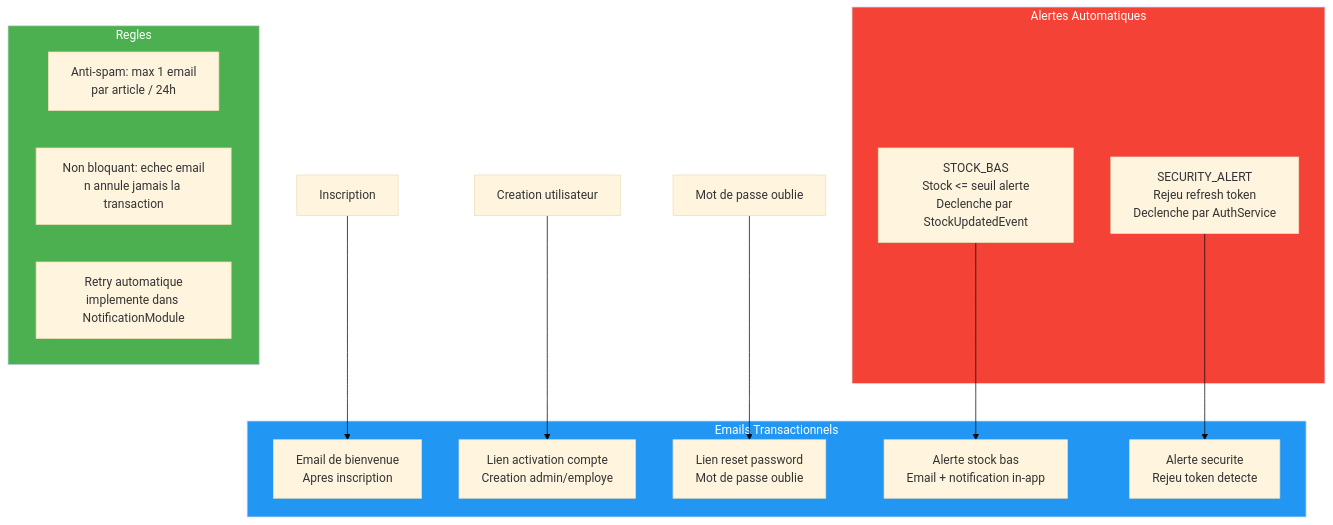
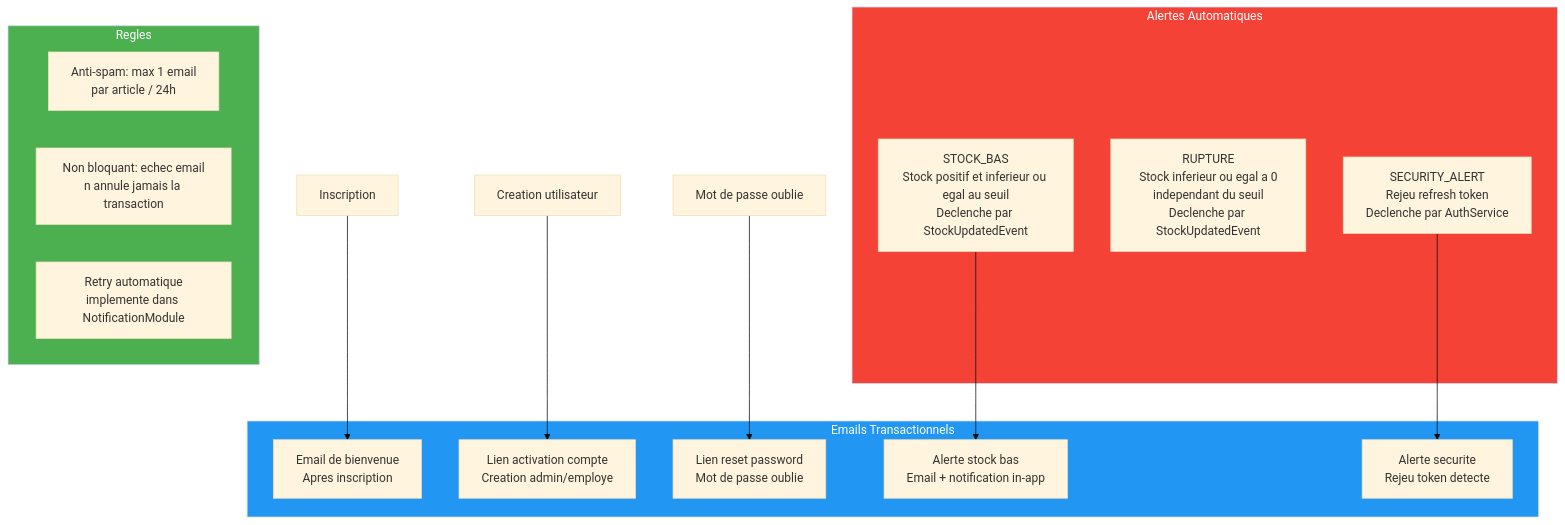
Before and after one commit to ulruchdev/gestion_de_stok_multifiliale: the second of 2 diagrams in document/diagrams/12-notifications-alertes.md, drawn with Mermaid (base theme). The commit also changed 7 other files, not shown here.

First line of the commit message:
docs(GS-REF): unifier stock, alertes et schema cible (DEC-004/010/033)

````diff
--- a/document/diagrams/12-notifications-alertes.md
+++ b/document/diagrams/12-notifications-alertes.md
@@ -40,31 +40,32 @@
 ```mermaid
 graph TD
     subgraph Alertes["Alertes Automatiques"]
-        A1[STOCK_BAS<br/>Stock <= seuil alerte<br/>Declenche par StockUpdatedEvent]
+        A1[STOCK_BAS<br/>Stock positif et inferieur ou egal au seuil<br/>Declenche par StockUpdatedEvent]
+        A3[RUPTURE<br/>Stock inferieur ou egal a 0<br/>independant du seuil<br/>Declenche par StockUpdatedEvent]
         A2[SECURITY_ALERT<br/>Rejeu refresh token<br/>Declenche par AuthService]
     end
 
     subgraph Emails["Emails Transactionnels"]
         E1[Email de bienvenue<br/>Apres inscription]
         E2[Lien activation compte<br/>Creation admin/employe]
         E3[Lien reset password<br/>Mot de passe oublie]
         E4[Alerte stock bas<br/>Email + notification in-app]
         E5[Alerte securite<br/>Rejeu token detecte]
     end
 
     subgraph Regles["Regles"]
         R1[Anti-spam: max 1 email<br/>par article / 24h]
         R2[Non bloquant: echec email<br/>n annule jamais la transaction]
         R3[Retry automatique<br/>implemente dans NotificationModule]
     end
 
     A1 --> E4
     A2 --> E5
     Inscription[Inscription] --> E1
     CreationUser[Creation utilisateur] --> E2
     ForgotPwd[Mot de passe oublie] --> E3
 
     style Alertes fill:#f44336,color:white
     style Emails fill:#2196F3,color:white
     style Regles fill:#4CAF50,color:white
 ```
````
